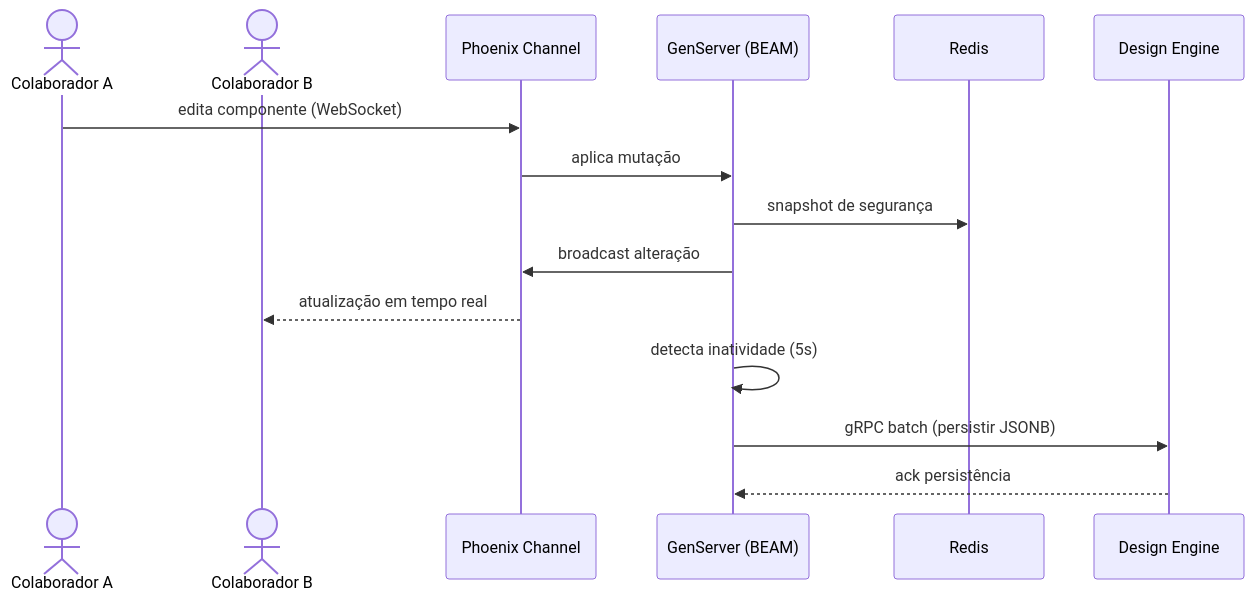
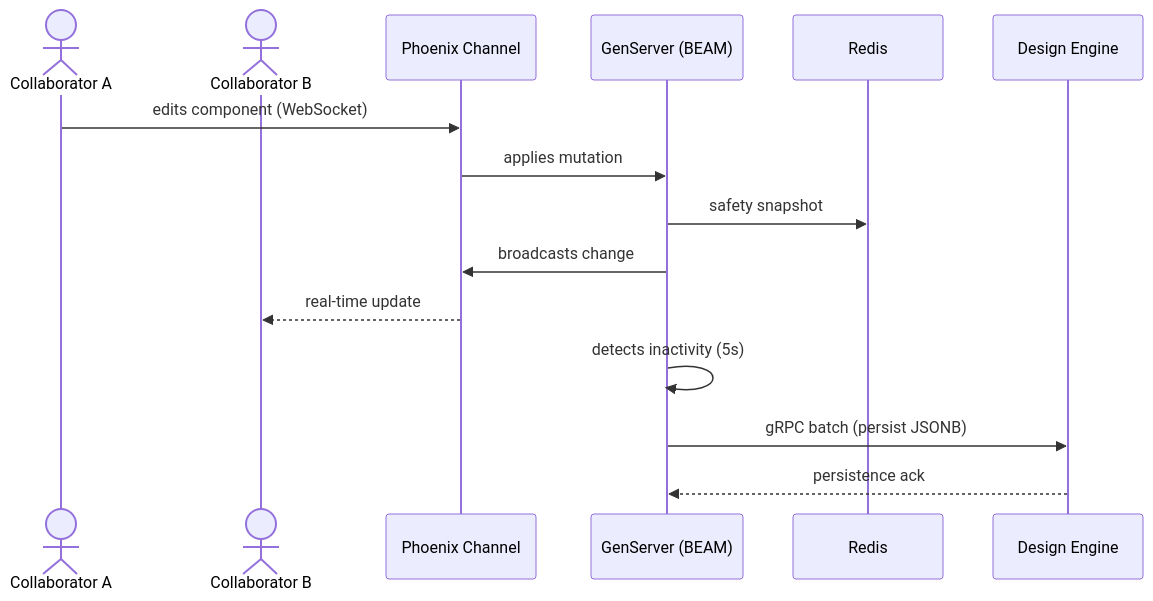
Before and after one commit to GiovaniRodrigo/arquitetura-mach-saas-nocode: the third of 6 diagrams in doc/ANALISE_REQUISITOS.md, drawn with Mermaid. The commit also changed other lines of this file and 86 other files, not shown here.

````diff
--- a/doc/ANALISE_REQUISITOS.md
+++ b/doc/ANALISE_REQUISITOS.md
@@ -117,18 +117,18 @@
 ```mermaid
 sequenceDiagram
-    actor userA as Colaborador A
-    actor userB as Colaborador B
+    actor userA as Collaborator A
+    actor userB as Collaborator B
     participant channel as Phoenix Channel
     participant genserver as GenServer (BEAM)
     participant redis as Redis
     participant design as Design Engine
 
-    userA->>channel: edita componente (WebSocket)
-    channel->>genserver: aplica mutação
-    genserver->>redis: snapshot de segurança
-    genserver->>channel: broadcast alteração
-    channel-->>userB: atualização em tempo real
-    genserver->>genserver: detecta inatividade (5s)
-    genserver->>design: gRPC batch (persistir JSONB)
-    design-->>genserver: ack persistência
+    userA->>channel: edits component (WebSocket)
+    channel->>genserver: applies mutation
+    genserver->>redis: safety snapshot
+    genserver->>channel: broadcasts change
+    channel-->>userB: real-time update
+    genserver->>genserver: detects inactivity (5s)
+    genserver->>design: gRPC batch (persist JSONB)
+    design-->>genserver: persistence ack
 ```
````
